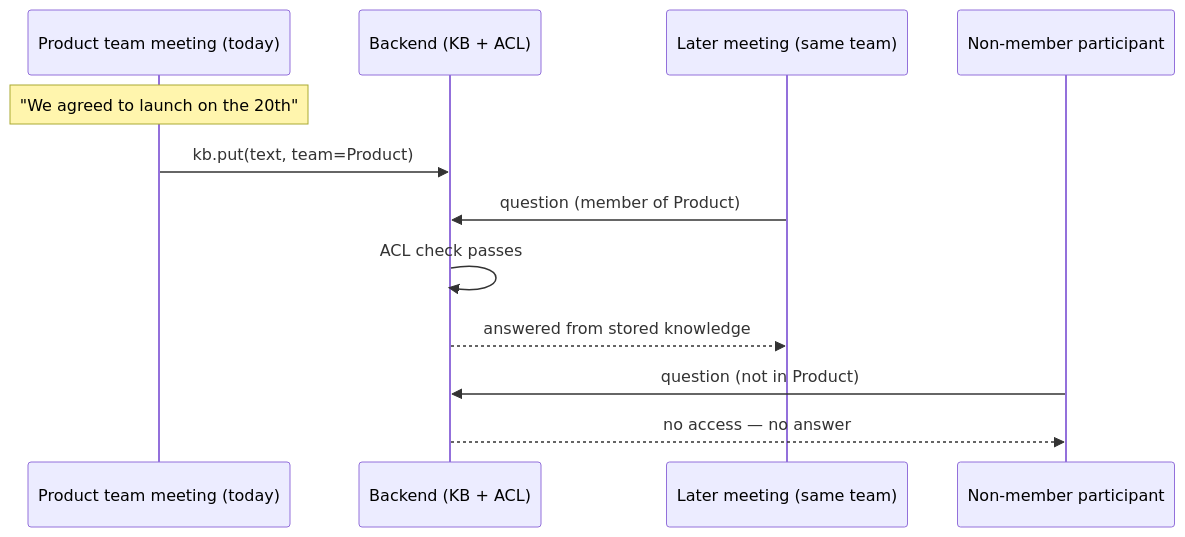
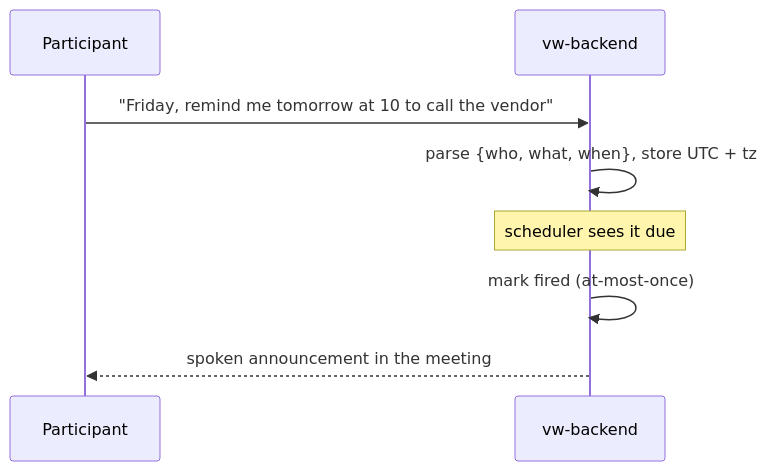
One commit to abstract-business-systems/virtual-worker changed the fourth of 5 diagrams in docs/design.md. Above: the diagram before and after it, drawn with Mermaid. The commit also changed other lines of this file and 1 other file, not shown here.

Commit message:
Docs: rewrite design.md to as-deployed state; add architecture.md with system, audio, gating, brain-loop, stop, and ACL diagrams

````diff
--- a/docs/design.md
+++ b/docs/design.md
@@ -305,15 +326,11 @@
 ```mermaid
 sequenceDiagram
-    participant T1 as Product team meeting (today)
-    participant Be as Backend (KB + ACL)
-    participant T2 as Later meeting (same team)
-    participant Out as Non-member participant
+    participant P as Participant
+    participant Be as vw-backend
 
-    Note over T1: "We agreed to launch on the 20th"
-    T1->>Be: kb.put(text, team=Product)
-    T2->>Be: question (member of Product)
-    Be->>Be: ACL check passes
-    Be-->>T2: answered from stored knowledge
-    Out->>Be: question (not in Product)
-    Be-->>Out: no access — no answer
+    P->>Be: "Friday, remind me tomorrow at 10 to call the vendor"
+    Be->>Be: parse {who, what, when}, store UTC + tz
+    Note over Be: scheduler sees it due
+    Be->>Be: mark fired (at-most-once)
+    Be-->>P: spoken announcement in the meeting
 ```
````
